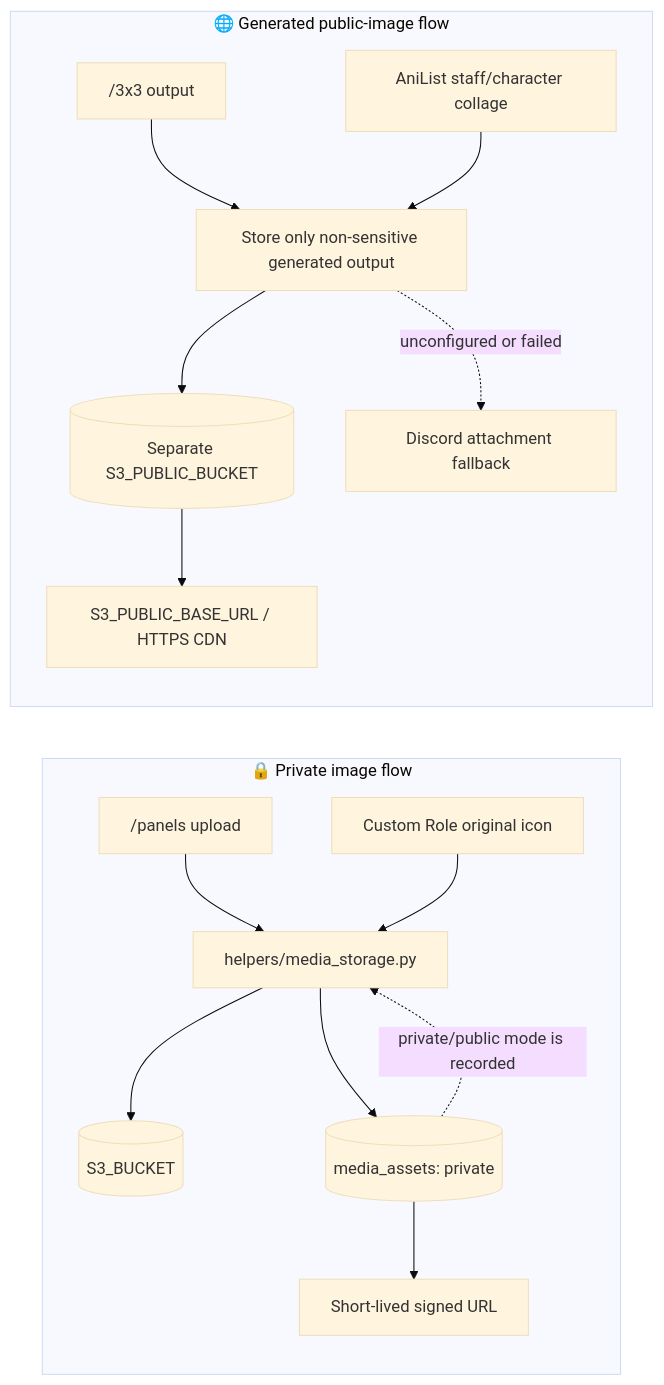
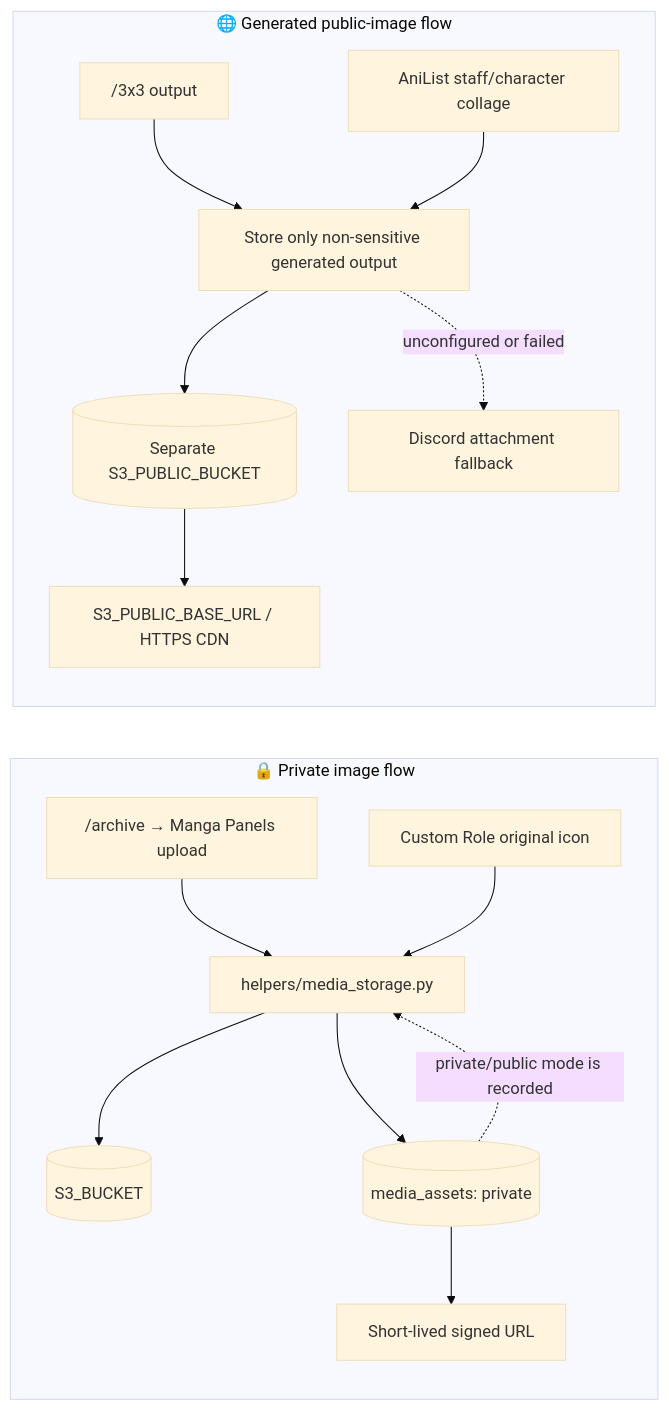
One commit to Kyerstorm/Lemegeton changed the ninth of 9 diagrams in README.md. Above: the diagram before and after it, drawn with Mermaid (base theme). The commit also changed other lines of this file, not shown here.

Commit message:
Document unified archive command

````diff
--- a/README.md
+++ b/README.md
@@ -801,29 +801,29 @@
 ```mermaid
 flowchart LR
     subgraph PRIVATEFLOW["🔒 Private image flow"]
-        PANELUPLOAD["/panels upload"]
+        PANELUPLOAD["/archive → Manga Panels upload"]
         ROLEUPLOAD["Custom Role original icon"]
         OBJECTHELPER["helpers/media_storage.py"]
         PRIVOBJ[("S3_BUCKET")]
         REGISTRY[("media_assets: private")]
         URL["Short-lived signed URL"]
         PANELUPLOAD --> OBJECTHELPER
         ROLEUPLOAD --> OBJECTHELPER
         OBJECTHELPER --> PRIVOBJ
         OBJECTHELPER --> REGISTRY
         REGISTRY --> URL
     end
     subgraph PUBLICFLOW["🌐 Generated public-image flow"]
         GRID["/3x3 output"]
         COLLAGE["AniList staff/character collage"]
         PUBLICHELPER["Store only non-sensitive generated output"]
         PUBOBJ[("Separate S3_PUBLIC_BUCKET")]
         HTTPS["S3_PUBLIC_BASE_URL / HTTPS CDN"]
         ATTACH["Discord attachment fallback"]
         GRID --> PUBLICHELPER
         COLLAGE --> PUBLICHELPER
         PUBLICHELPER --> PUBOBJ --> HTTPS
         PUBLICHELPER -. "unconfigured or failed" .-> ATTACH
     end
     REGISTRY -. "private/public mode is recorded" .-> OBJECTHELPER
 ```
````
